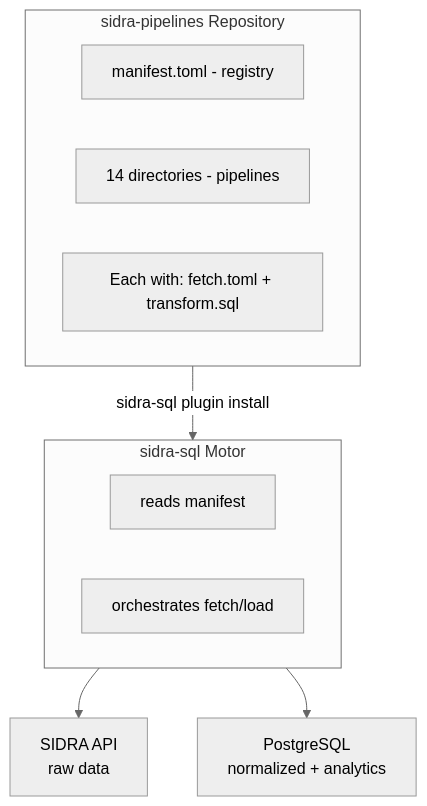
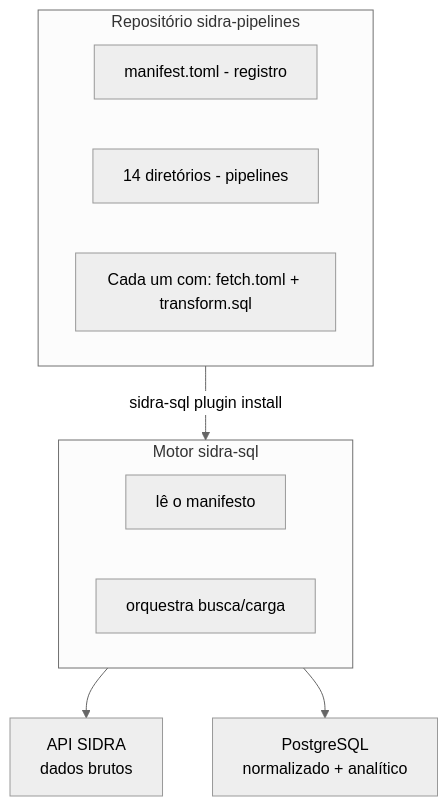
One commit to Quantilica/docs changed the diagram in docs/ibge/sidra-pipelines.md. Above: the diagram before and after it, drawn with Mermaid (neutral theme). The commit also changed other lines of this file and 31 other files, not shown here.

````diff
--- a/docs/ibge/sidra-pipelines.md
+++ b/docs/ibge/sidra-pipelines.md
@@ -21,18 +21,18 @@
 ```mermaid
 graph TD
-    subgraph Repo [sidra-pipelines Repository]
-        R1[manifest.toml - registry]
-        R2[14 directories - pipelines]
-        R3[Each with: fetch.toml + transform.sql]
+    subgraph Repo [Repositório sidra-pipelines]
+        R1[manifest.toml - registro]
+        R2[14 diretórios - pipelines]
+        R3[Cada um com: fetch.toml + transform.sql]
     end
 
     Repo -- sidra-sql plugin install --> Motor
 
-    subgraph Motor [sidra-sql Motor]
-        M1[reads manifest]
-        M2[orchestrates fetch/load]
+    subgraph Motor [Motor sidra-sql]
+        M1[lê o manifesto]
+        M2[orquestra busca/carga]
     end
 
-    Motor --> API[SIDRA API<br/>raw data]
-    Motor --> DB[PostgreSQL<br/>normalized + analytics]
+    Motor --> API[API SIDRA<br/>dados brutos]
+    Motor --> DB[PostgreSQL<br/>normalizado + analítico]
 ```
````
